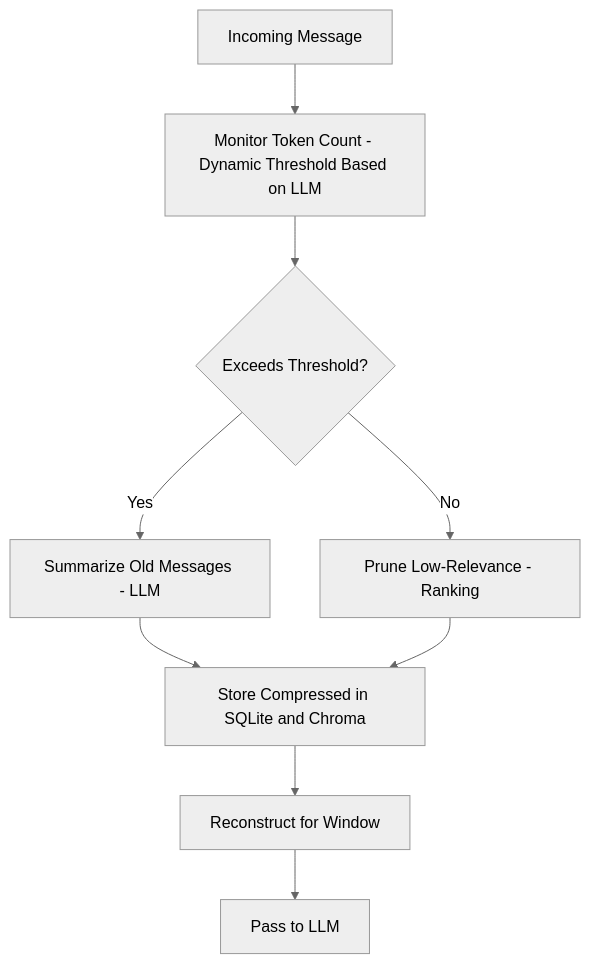
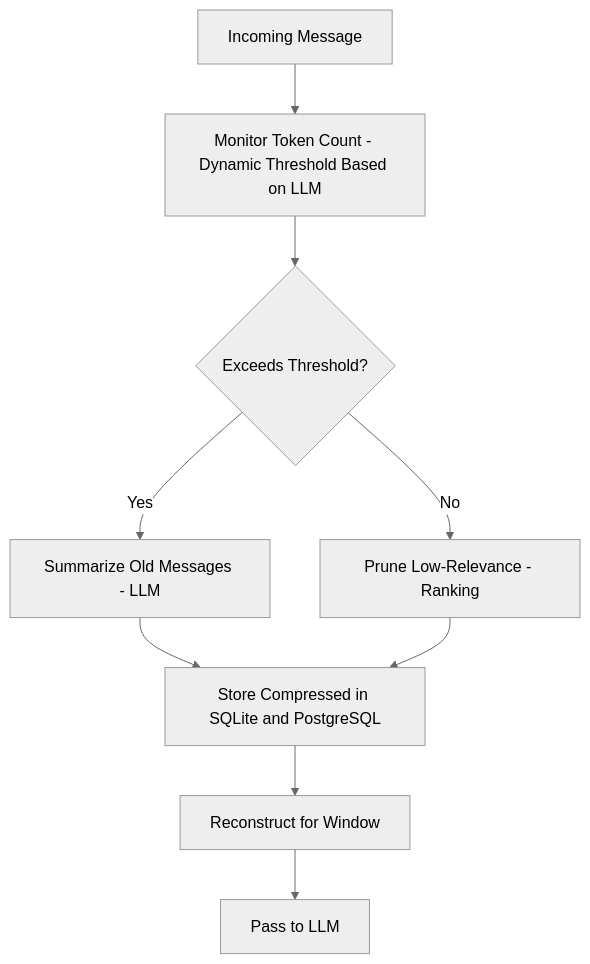
Before and after one commit to raqkaaq/ArxivResearchAgent: the second of 3 diagrams in CONTEXT_PRD.md, drawn with Mermaid (neutral theme). The commit also changed other lines of this file and 10 other files, not shown here.

````diff
--- a/CONTEXT_PRD.md
+++ b/CONTEXT_PRD.md
@@ -54,11 +54,11 @@
 ```mermaid
 flowchart TD
     A[Incoming Message] --> B[Monitor Token Count - Dynamic Threshold Based on LLM]
     B --> C{Exceeds Threshold?}
     C -->|Yes| D[Summarize Old Messages - LLM]
     C -->|No| E[Prune Low-Relevance - Ranking]
-    D --> F[Store Compressed in SQLite and Chroma]
+    D --> F[Store Compressed in SQLite and PostgreSQL]
     E --> F
     F --> G[Reconstruct for Window]
     G --> H[Pass to LLM]
 ```
````
